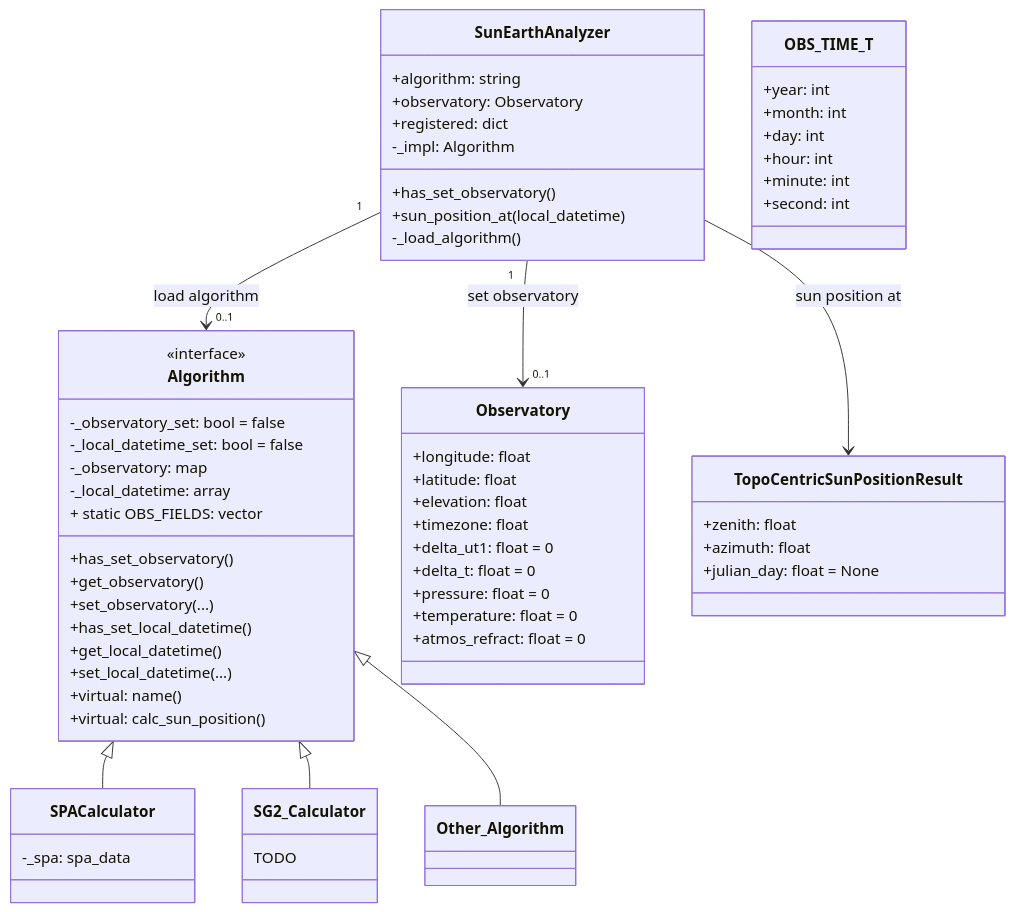
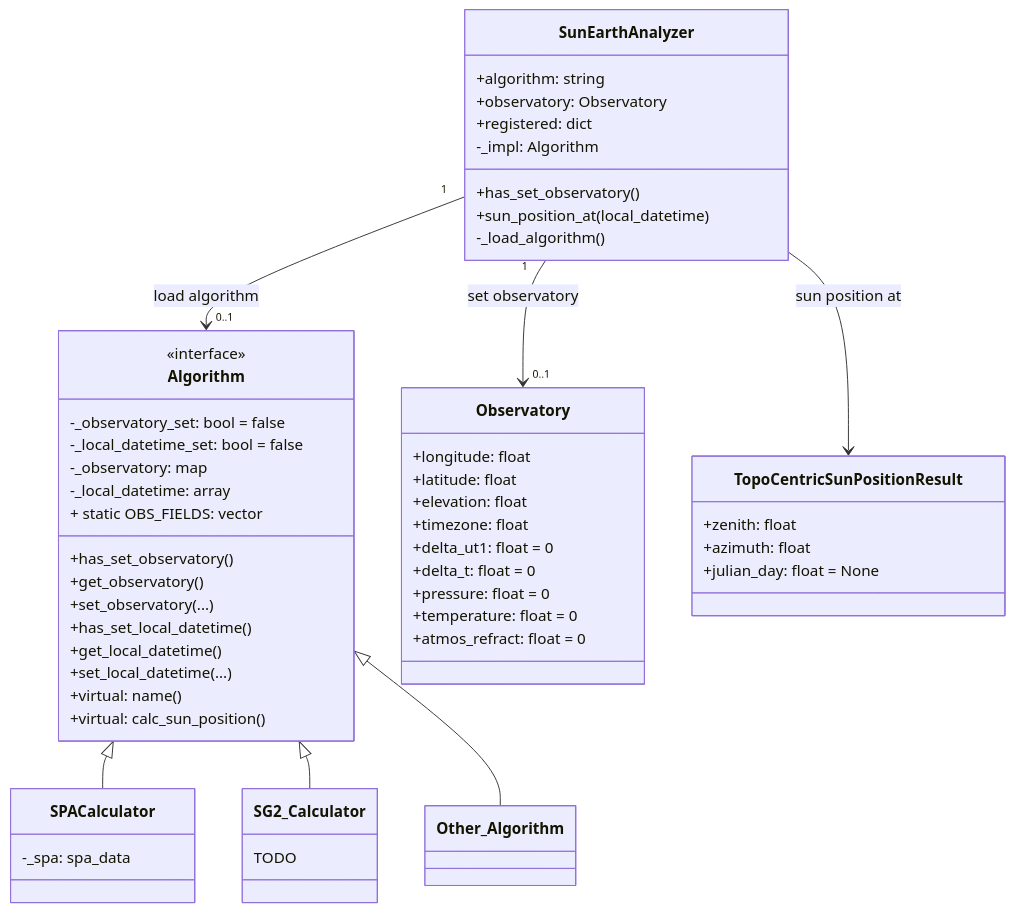
The third of 3 diagrams in docs/dev-guide/dev-guide.md (mikesongming/SE-Geometry), drawn with Mermaid before and after one commit. The commit also changed other lines of this file and 11 other files, not shown here.

````diff
--- a/docs/dev-guide/dev-guide.md
+++ b/docs/dev-guide/dev-guide.md
@@ -106,66 +106,57 @@
 ``` mermaid
 classDiagram
     SunEarthAnalyzer "1" --> "0..1" Algorithm: load algorithm
     SunEarthAnalyzer "1" --> "0..1" Observatory: set observatory
     SunEarthAnalyzer --> TopoCentricSunPositionResult: sun position at
     Algorithm <|-- SPACalculator
     Algorithm <|-- SG2_Calculator
     Algorithm <|-- Other_Algorithm
     class SunEarthAnalyzer {
         +algorithm: string
         +observatory: Observatory
         +registered: dict
         -_impl: Algorithm
         +has_set_observatory()
         +sun_position_at(local_datetime)
         -_load_algorithm()
     }
     class Algorithm {
         -_observatory_set: bool = false
         -_local_datetime_set: bool = false
         -_observatory: map<string, double>
         -_local_datetime: array<int>
         + static OBS_FIELDS: vector<string>
         +has_set_observatory()
         +get_observatory()
         +set_observatory(...)
         +has_set_local_datetime()
         +get_local_datetime()
         +set_local_datetime(...)
         +virtual: name()
         +virtual: calc_sun_position()
     }
     <<interface>> Algorithm
     class SPACalculator {
         -_spa: spa_data
 
     }
     class SG2_Calculator {
         TODO
     }
     class Observatory {
         +longitude: float
         +latitude: float
         +elevation: float
         +timezone: float
         +delta_ut1: float = 0
         +delta_t: float = 0
         +pressure: float = 0
         +temperature: float = 0
         +atmos_refract: float = 0
     }
-
-    class OBS_TIME_T {
-        +year: int
-        +month: int
-        +day: int
-        +hour: int
-        +minute: int
-        +second: int
-    }
     class TopoCentricSunPositionResult {
         +zenith: float
         +azimuth: float
         +julian_day: float = None
     }
 ```
````
